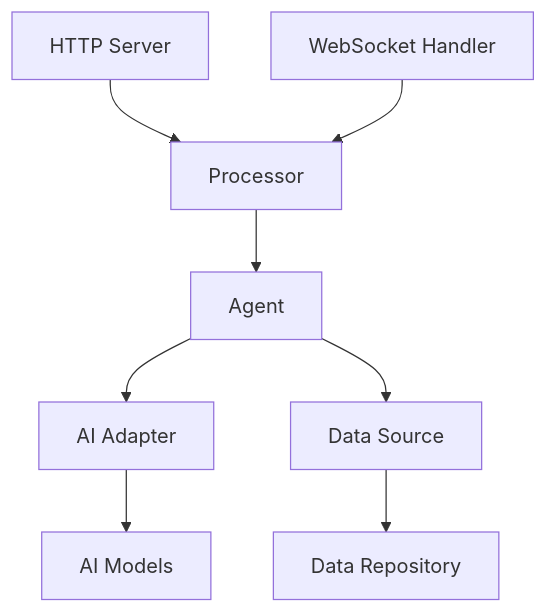
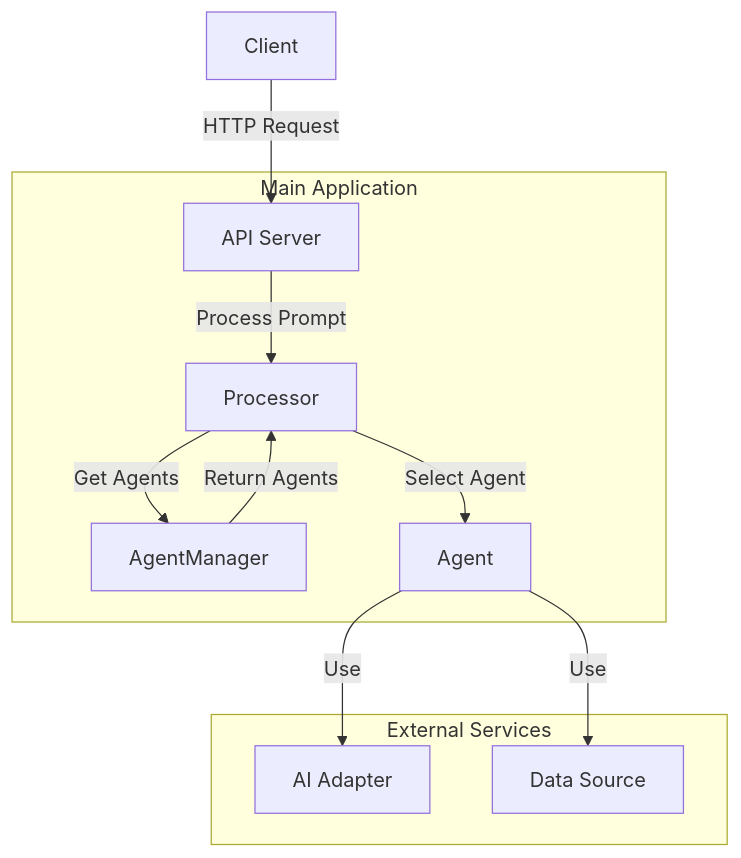
One commit to jamesmagoo/big-john changed the diagram in big-john-architecture.mermaid. Above: the diagram before and after it, drawn with Mermaid. The commit also changed 8 other files, not shown here.

Commit message:
Refactor multiple agents, chaining in processor

```diff
--- a/big-john-architecture.mermaid
+++ b/big-john-architecture.mermaid
@@ -1,8 +1,20 @@
 graph TD
-    A[HTTP Server] --> P[Processor]
-    B[WebSocket Handler] --> P
-    P --> C[Agent]
-    C --> D[AI Adapter]
-    C --> E[Data Source]
-    D --> F[AI Models]
-    E --> G[Data Repository]
+    A[Client] -->|HTTP Request| B[API Server]
+    B -->|Process Prompt| C[Processor]
+    C -->|Get Agents| D[AgentManager]
+    D -->|Return Agents| C
+    C -->|Select Agent| E[Agent]
+    E -->|Use| F[AI Adapter]
+    E -->|Use| G[Data Source]
+
+    subgraph "Main Application"
+        B
+        C
+        D
+        E
+    end
+
+    subgraph "External Services"
+        F
+        G
+    end
```
